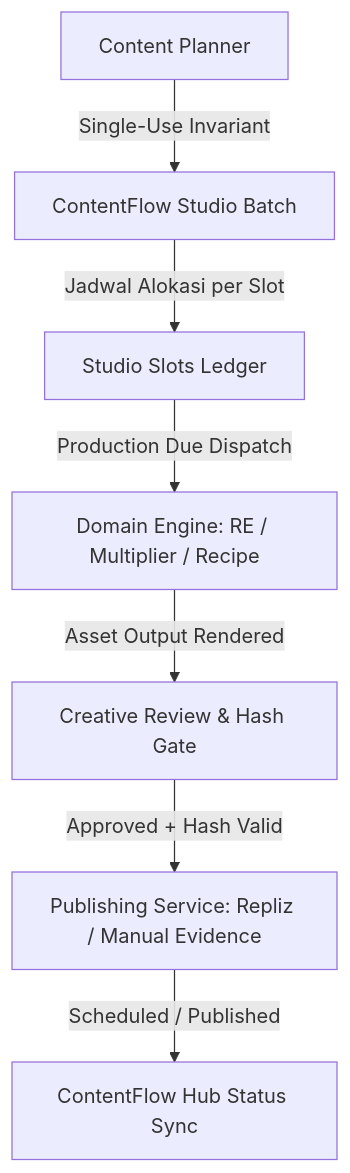
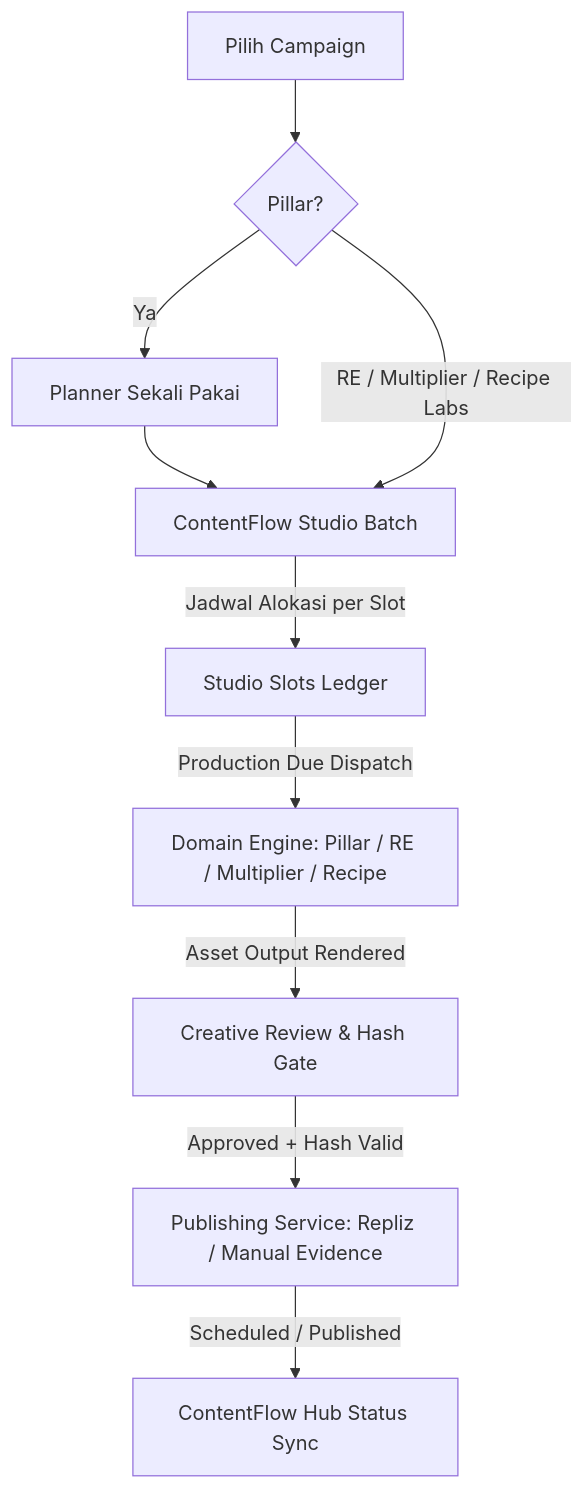
One commit to sabeq83/maknaflow changed the diagram in sot/menus/contentflow-studio.md. Above: the diagram before and after it, drawn with Mermaid. The commit also changed other lines of this file and 28 other files, not shown here.

Commit message:
release: v2.32.71 — ContentFlow Studio Campaign First

````diff
--- a/sot/menus/contentflow-studio.md
+++ b/sot/menus/contentflow-studio.md
@@ -7,9 +7,12 @@
 ```mermaid
 graph TD
-    A[Content Planner] -->|Single-Use Invariant| B[ContentFlow Studio Batch]
+    A[Pilih Campaign] --> P{Pillar?}
+    P -->|Ya| CP[Planner Sekali Pakai]
+    CP --> B[ContentFlow Studio Batch]
+    P -->|RE / Multiplier / Recipe Labs| B
     B -->|Jadwal Alokasi per Slot| C[Studio Slots Ledger]
-    C -->|Production Due Dispatch| D[Domain Engine: RE / Multiplier / Recipe]
+    C -->|Production Due Dispatch| D[Domain Engine: Pillar / RE / Multiplier / Recipe]
     D -->|Asset Output Rendered| E[Creative Review & Hash Gate]
     E -->|Approved + Hash Valid| F[Publishing Service: Repliz / Manual Evidence]
     F -->|Scheduled / Published| G[ContentFlow Hub Status Sync]
 ```
````
